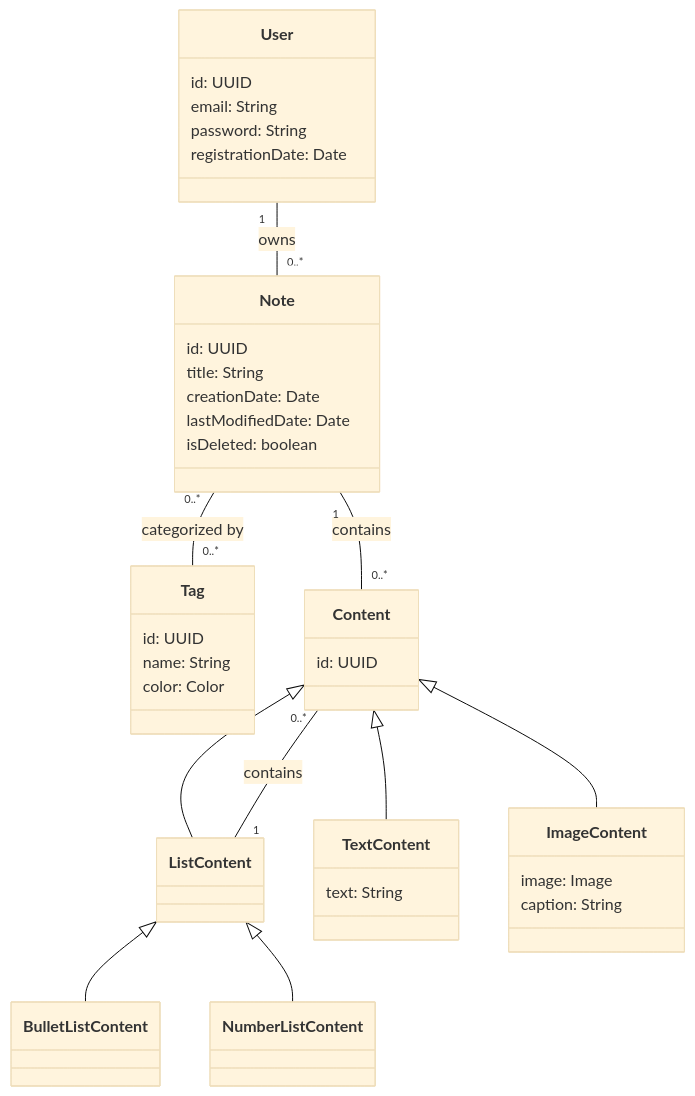
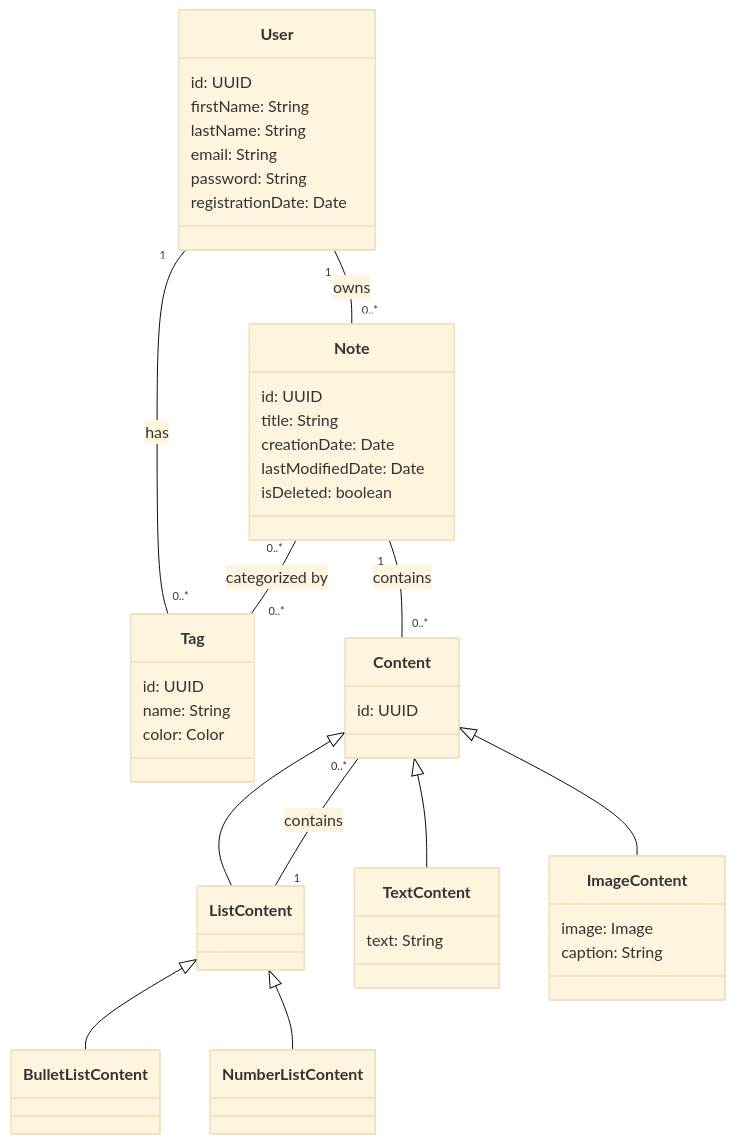
One commit to 1Myke/Overnote changed the diagram in doc/domain-model.md. Above: the diagram before and after it, drawn with Mermaid (base theme).

Commit message:
[DOC] Update domain model  - Add first and last name to User  - Add one-to-many relationship between User and Tag

````diff
--- a/doc/domain-model.md
+++ b/doc/domain-model.md
@@ -1,47 +1,50 @@
 ```mermaid
 classDiagram
     User "1" -- "0..*" Note : owns
+    User "1" -- "0..*" Tag : has
     Note "0..*" -- "0..*" Tag : categorized by
     Note "1" -- "0..*" Content : contains
     ListContent "1" -- "0..*" Content : contains
 
     Content <|-- TextContent
     Content <|-- ImageContent
     Content <|-- ListContent
     ListContent <|-- BulletListContent
     ListContent <|-- NumberListContent
 
     class User {
         id: UUID
+        firstName: String
+        lastName: String
         email: String
         password: String
         registrationDate: Date
     }
 
     class Note {
         id: UUID
         title: String
         creationDate: Date
         lastModifiedDate: Date
         isDeleted: boolean
     }
 
     class Tag {
         id: UUID
         name: String
         color: Color
     }
 
     class Content {
         id: UUID
     }
 
     class TextContent {
         text: String
     }
 
     class ImageContent {
         image: Image
         caption: String
     }
 ```
````
